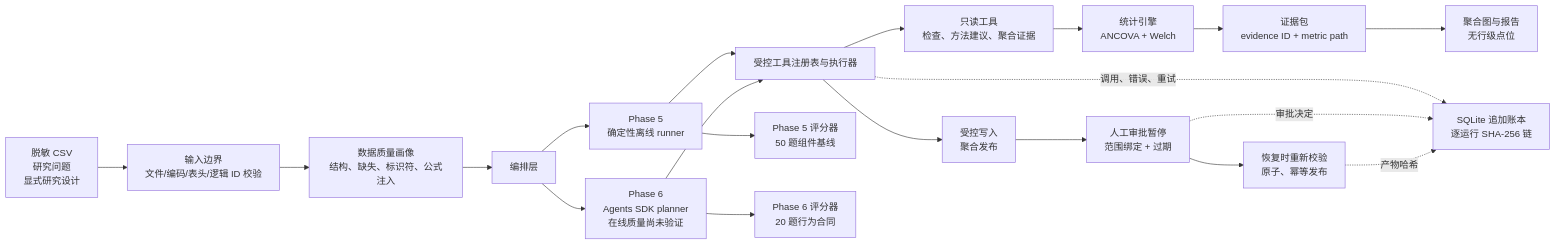
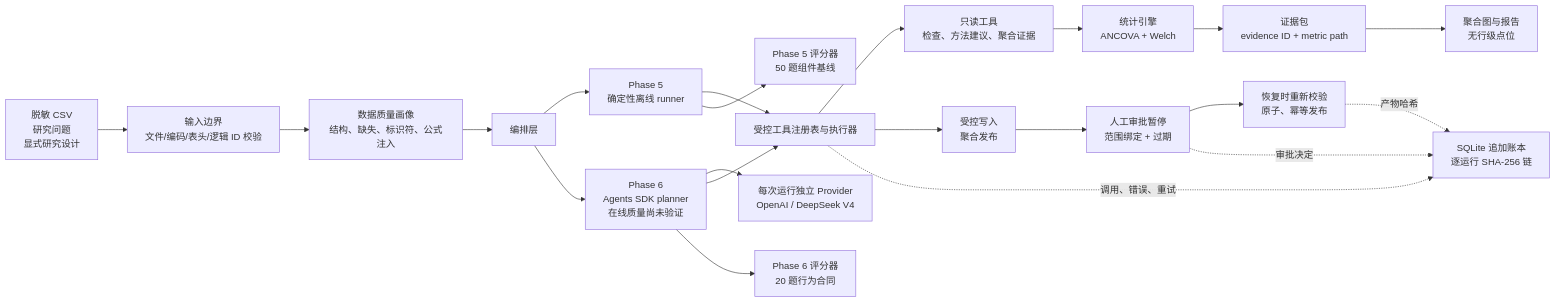
One commit to cedRiC874/researchops-agent changed the first of 2 diagrams in docs/PORTFOLIO.md. Above: the diagram before and after it, drawn with Mermaid. The commit also changed other lines of this file and 18 other files, not shown here.

Commit message:
Add DeepSeek provider adapter

````diff
--- a/docs/PORTFOLIO.md
+++ b/docs/PORTFOLIO.md
@@ -171,22 +175,23 @@
 ```mermaid
 flowchart LR
     A["脱敏 CSV<br/>研究问题<br/>显式研究设计"] --> B["输入边界<br/>文件/编码/表头/逻辑 ID 校验"]
     B --> C["数据质量画像<br/>结构、缺失、标识符、公式注入"]
     C --> D["编排层"]
     D --> D1["Phase 5<br/>确定性离线 runner"]
     D --> D2["Phase 6<br/>Agents SDK planner<br/>在线质量尚未验证"]
+    D2 --> PV["每次运行独立 Provider<br/>OpenAI / DeepSeek V4"]
     D1 --> E["受控工具注册表与执行器"]
     D2 --> E
     E --> F1["只读工具<br/>检查、方法建议、聚合证据"]
     E --> F2["受控写入<br/>聚合发布"]
     F2 --> G["人工审批暂停<br/>范围绑定 + 过期"]
     G --> H["恢复时重新校验<br/>原子、幂等发布"]
     F1 --> I["统计引擎<br/>ANCOVA + Welch"]
     I --> J["证据包<br/>evidence ID + metric path"]
     J --> K["聚合图与报告<br/>无行级点位"]
     E -. "调用、错误、重试" .-> L["SQLite 追加账本<br/>逐运行 SHA-256 链"]
     G -. "审批决定" .-> L
     H -. "产物哈希" .-> L
     D1 --> M["Phase 5 评分器<br/>50 题组件基线"]
     D2 --> N["Phase 6 评分器<br/>20 题行为合同"]
 ```
````
